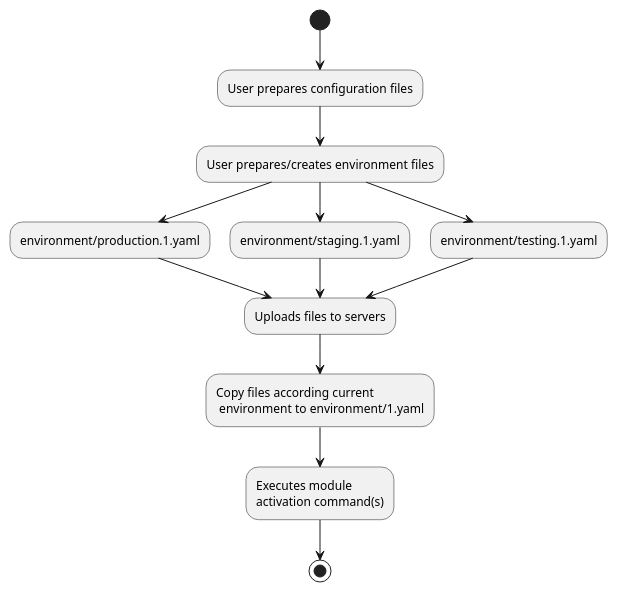
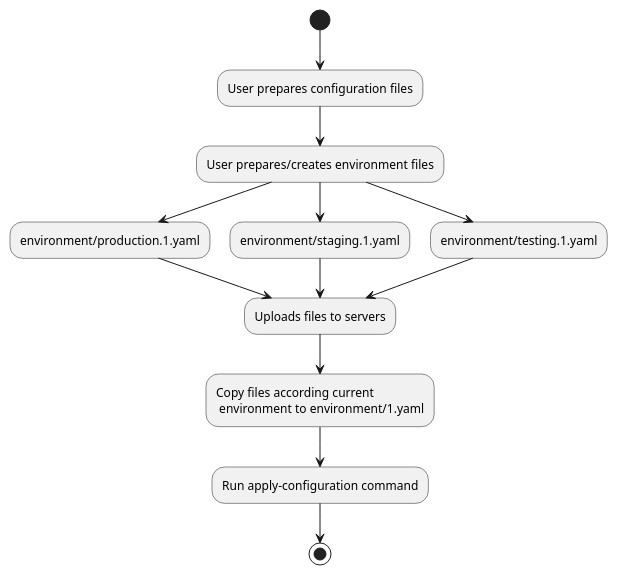
Before and after one commit to OXID-eSales/developer_documentation: the diagram in project/module_configuration/modules_configuration_deployment.rst, drawn with PlantUML. The commit also changed other lines of this file and 2 other files, not shown here.

Commit message:
OXDEV-2518 Update documentation for oe:module:apply-configuration

```diff
--- a/project/module_configuration/modules_configuration_deployment.rst
+++ b/project/module_configuration/modules_configuration_deployment.rst
@@ -7,17 +7,17 @@
 .. uml::
 
     @startuml
 
     (*)--> "User prepares configuration files"
     --> "User prepares/creates environment files"
     "User prepares/creates environment files" --> "environment/production.1.yaml"
     "User prepares/creates environment files" --> "environment/staging.1.yaml"
     "User prepares/creates environment files" --> "environment/testing.1.yaml"
     "environment/production.1.yaml" --> "Uploads files to servers"
     "environment/staging.1.yaml" --> "Uploads files to servers"
     "environment/testing.1.yaml" --> "Uploads files to servers"
     --> "Copy files according current\n environment to environment/1.yaml"
-    --> "Executes module \nactivation command(s)"
+    --> "Run apply-configuration command"
     --> (*)
 
     @enduml
```
